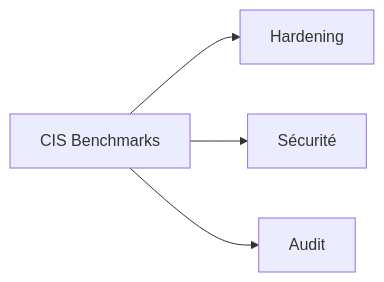
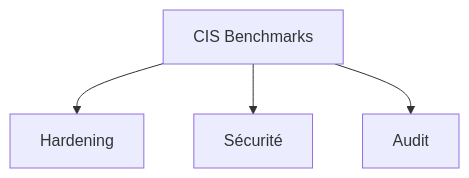
Before and after one commit to zyrass/omnydocs: the eighth of 44 diagrams in docs/glossaire/administration-systeme.md, drawn with Mermaid. The commit also changed other lines of this file and 1780 other files, not shown here.

````diff
--- a/docs/glossaire/administration-systeme.md
+++ b/docs/glossaire/administration-systeme.md
@@ -163,6 +197,6 @@
-    ```mermaid
-    graph LR
-        A[CIS Benchmarks] --> B[Hardening]
-        A --> C[Sécurité]
-        A --> D[Audit]
-    ```
+```mermaid
+graph TB
+    A[CIS Benchmarks] --> B[Hardening]
+    A --> C[Sécurité]
+    A --> D[Audit]
+```
````
